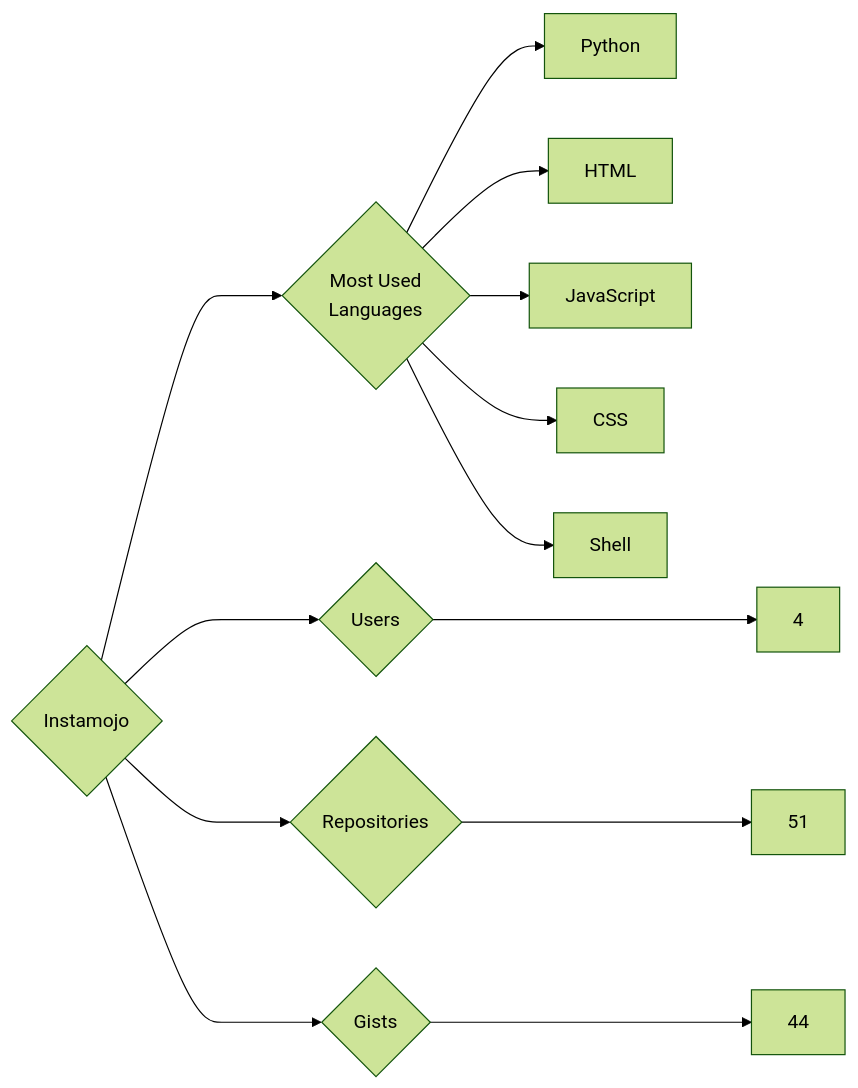
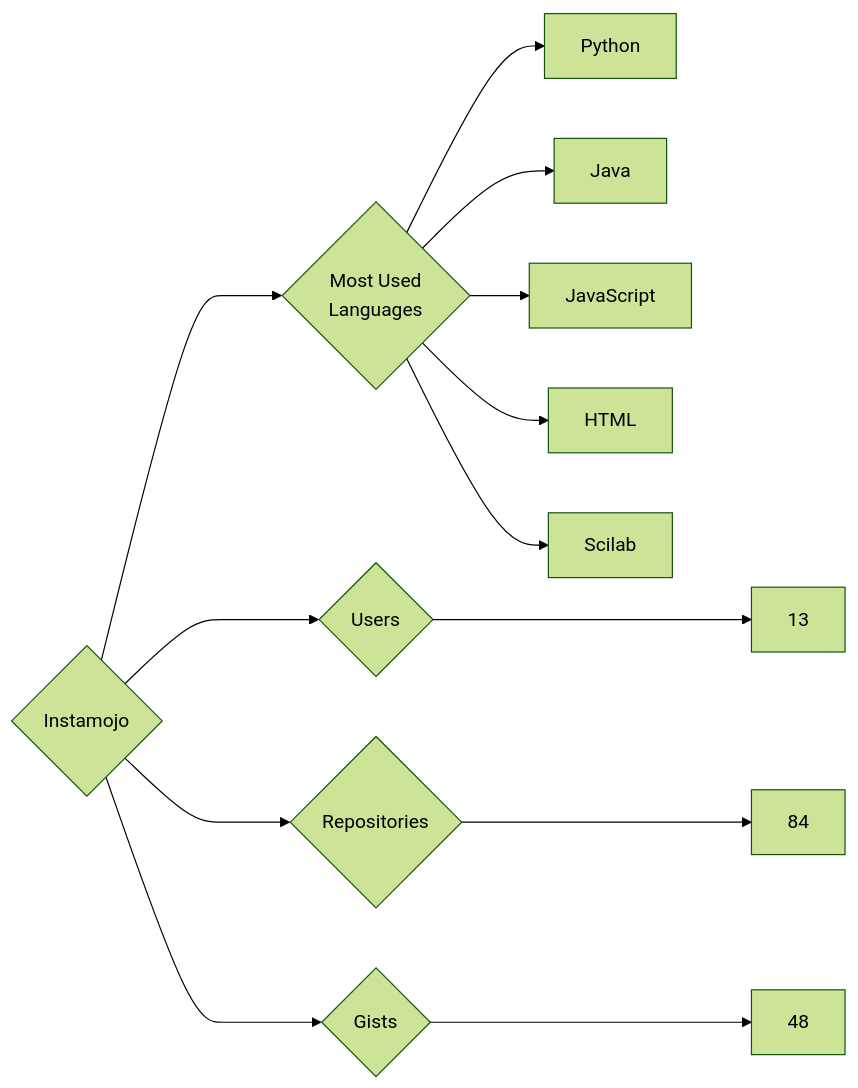
The diagram in targets/Instamojo/README.md (trickest/insiders), drawn with Mermaid (forest theme) before and after one commit. The commit also changed 927 other files, not shown here.

````diff
--- a/targets/Instamojo/README.md
+++ b/targets/Instamojo/README.md
@@ -3,13 +3,13 @@
 ```mermaid
 graph LR
 COMPANY_NAME{Instamojo}
-COMPANY_NAME ---> U{Users} ---> UN[4]
-COMPANY_NAME ---> R{Repositories} ---> RN[51]
-COMPANY_NAME ---> G{Gists} ---> GN[44]
+COMPANY_NAME ---> U{Users} ---> UN[13]
+COMPANY_NAME ---> R{Repositories} ---> RN[84]
+COMPANY_NAME ---> G{Gists} ---> GN[48]
 COMPANY_NAME ---> ML{Most Used<br>Languages}
 ML --> Python[Python]
+ML --> Java[Java]
+ML --> JavaScript[JavaScript]
 ML --> HTML[HTML]
-ML --> JavaScript[JavaScript]
-ML --> CSS[CSS]
-ML --> Shell[Shell]
+ML --> Scilab[Scilab]
 ```
````
